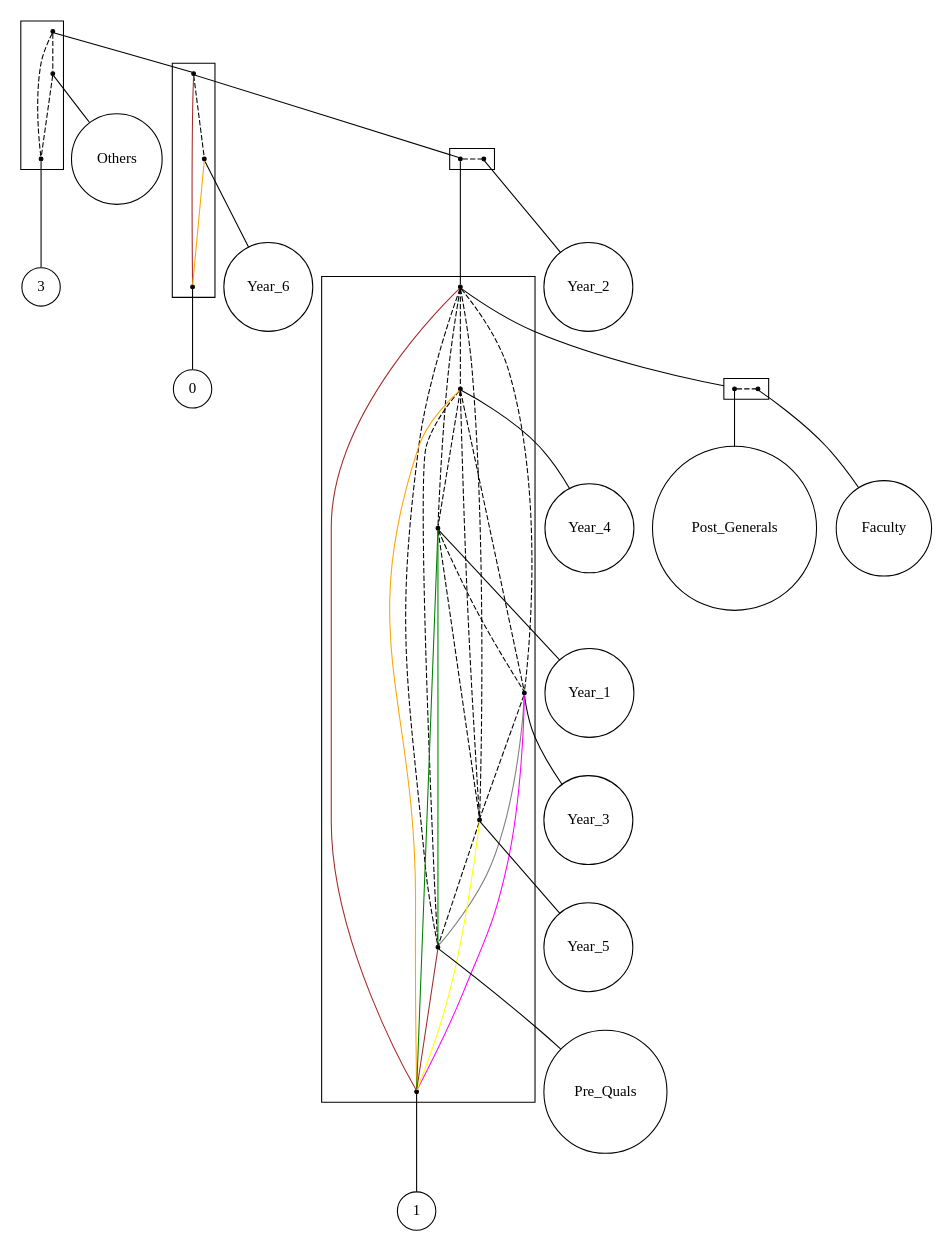
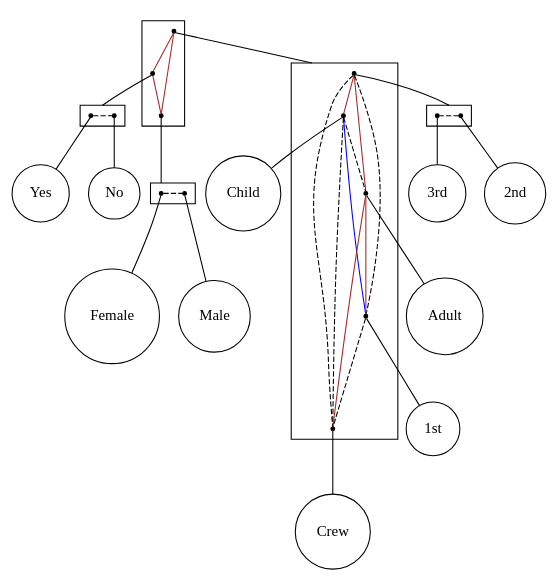
The diagram in src/extension/linear_2-structure.dot (lrodrin/TFG), drawn with Graphviz before and after one commit. The commit also changed 24 other files, not shown here.

```diff
--- a/src/extension/linear_2-structure.dot
+++ b/src/extension/linear_2-structure.dot
@@ -1,88 +1,70 @@
 strict digraph "linear_2-structure" {
 compound=true;
 fontname=Verdana;
 fontsize=12;
 newrank=true;
 node [shape=circle];
-Others;
-3;
-Year_6;
-0;
-Year_2;
-Year_4;
-Year_1;
-Year_3;
-Year_5;
-Pre_Quals;
-1;
-Post_Generals;
-Faculty;
-subgraph cluster_0Year_3Year_5Pre_QualsYear_6OthersYear_23Year_1Post_Generals1Year_4Faculty {
+Child;
+Adult;
+"1st";
+Crew;
+"2nd";
+"3rd";
+Female;
+Male;
+Yes;
+No;
+subgraph cluster_2ndCrewAdultMale3rdNo1stFemaleYesChild {
 node [shape=point];
-s_Year_2Year_5Year_10Year_4Year_3Post_Generals1Pre_QualsYear_6Faculty -> s_Others  [arrowhead=none, color=black, style=dashed];
-s_Year_2Year_5Year_10Year_4Year_3Post_Generals1Pre_QualsYear_6Faculty -> s_3  [arrowhead=none, color=black, style=dashed];
-s_Others -> s_3  [arrowhead=none, color=black, style=dashed];
+s_Child2ndAdultCrew3rd1st -> s_YesNo  [arrowhead=none, color=brown, style=solid];
+s_Child2ndAdultCrew3rd1st -> s_FemaleMale  [arrowhead=none, color=brown, style=solid];
+s_YesNo -> s_FemaleMale  [arrowhead=none, color=brown, style=solid];
 }
 
-subgraph cluster_0Year_3Year_5Pre_QualsYear_6Year_2Year_1Post_Generals1Year_4Faculty {
+subgraph cluster_Child2ndAdultCrew3rd1st {
 node [shape=point];
-s_Year_2Year_5Year_1Year_4Year_3Post_Generals1Pre_QualsFaculty -> s_Year_6  [arrowhead=none, color=black, style=dashed];
-s_Year_2Year_5Year_1Year_4Year_3Post_Generals1Pre_QualsFaculty -> s_0  [arrowhead=none, color=brown, style=solid];
-s_Year_6 -> s_0  [arrowhead=none, color=orange, style=solid];
+s_2nd3rd -> s_Child  [arrowhead=none, color=brown, style=solid];
+s_2nd3rd -> s_Adult  [arrowhead=none, color=brown, style=solid];
+s_2nd3rd -> s_1st  [arrowhead=none, color=black, style=dashed];
+s_2nd3rd -> s_Crew  [arrowhead=none, color=black, style=dashed];
+s_Child -> s_Adult  [arrowhead=none, color=black, style=dashed];
+s_Child -> s_1st  [arrowhead=none, color=blue, style=solid];
+s_Child -> s_Crew  [arrowhead=none, color=black, style=dashed];
+s_Adult -> s_1st  [arrowhead=none, color=brown, style=solid];
+s_Adult -> s_Crew  [arrowhead=none, color=brown, style=solid];
+s_1st -> s_Crew  [arrowhead=none, color=black, style=dashed];
 }
 
-subgraph cluster_Year_3Year_5Pre_QualsYear_2Year_1Post_Generals1Year_4Faculty {
+subgraph cluster_2nd3rd {
 rank=same;
 node [shape=point];
-s_Year_1Year_4Year_3Post_Generals1Year_5Pre_QualsFaculty -> s_Year_2  [arrowhead=none, color=black, style=dashed];
+s_2nd -> s_3rd  [arrowhead=none, color=black, style=dashed];
 }
 
-subgraph cluster_Year_3Year_5Pre_QualsYear_1Post_Generals1Year_4Faculty {
+subgraph cluster_FemaleMale {
+rank=same;
 node [shape=point];
-s_Post_GeneralsFaculty -> s_Year_4  [arrowhead=none, color=black, style=dashed];
-s_Post_GeneralsFaculty -> s_Year_1  [arrowhead=none, color=black, style=dashed];
-s_Post_GeneralsFaculty -> s_Year_3  [arrowhead=none, color=black, style=dashed];
-s_Post_GeneralsFaculty -> s_Year_5  [arrowhead=none, color=black, style=dashed];
-s_Post_GeneralsFaculty -> s_Pre_Quals  [arrowhead=none, color=black, style=dashed];
-s_Post_GeneralsFaculty -> s_1  [arrowhead=none, color=brown, style=solid];
-s_Year_4 -> s_Year_1  [arrowhead=none, color=black, style=dashed];
-s_Year_4 -> s_Year_3  [arrowhead=none, color=black, style=dashed];
-s_Year_4 -> s_Year_5  [arrowhead=none, color=black, style=dashed];
-s_Year_4 -> s_Pre_Quals  [arrowhead=none, color=black, style=dashed];
-s_Year_4 -> s_1  [arrowhead=none, color=orange, style=solid];
-s_Year_1 -> s_Year_3  [arrowhead=none, color=black, style=dashed];
-s_Year_1 -> s_Year_5  [arrowhead=none, color=black, style=dashed];
-s_Year_1 -> s_Pre_Quals  [arrowhead=none, color=green, style=solid];
-s_Year_1 -> s_1  [arrowhead=none, color=green, style=solid];
-s_Year_3 -> s_Year_5  [arrowhead=none, color=black, style=dashed];
-s_Year_3 -> s_Pre_Quals  [arrowhead=none, color=grey, style=solid];
-s_Year_3 -> s_1  [arrowhead=none, color=magenta, style=solid];
-s_Year_5 -> s_Pre_Quals  [arrowhead=none, color=black, style=dashed];
-s_Year_5 -> s_1  [arrowhead=none, color=yellow, style=solid];
-s_Pre_Quals -> s_1  [arrowhead=none, color=brown, style=solid];
+s_Female -> s_Male  [arrowhead=none, color=black, style=dashed];
 }
 
-subgraph cluster_Post_GeneralsFaculty {
+subgraph cluster_YesNo {
 rank=same;
 node [shape=point];
-s_Post_Generals -> s_Faculty  [arrowhead=none, color=black, style=dashed];
+s_Yes -> s_No  [arrowhead=none, color=black, style=dashed];
 }
 
-s_Year_2Year_5Year_10Year_4Year_3Post_Generals1Pre_QualsYear_6Faculty -> s_Year_2Year_5Year_1Year_4Year_3Post_Generals1Pre_QualsFaculty  [arrowhead=none, lhead=cluster_Year_2Year_5Year_10Year_4Year_3Post_Generals1Pre_QualsYear_6Faculty];
-s_Others -> Others  [arrowhead=none];
-s_3 -> 3  [arrowhead=none];
-s_Year_2Year_5Year_1Year_4Year_3Post_Generals1Pre_QualsFaculty -> s_Year_1Year_4Year_3Post_Generals1Year_5Pre_QualsFaculty  [arrowhead=none, lhead=cluster_Year_2Year_5Year_1Year_4Year_3Post_Generals1Pre_QualsFaculty];
-s_Year_6 -> Year_6  [arrowhead=none];
-s_0 -> 0  [arrowhead=none];
-s_Year_1Year_4Year_3Post_Generals1Year_5Pre_QualsFaculty -> s_Post_GeneralsFaculty  [arrowhead=none, lhead=cluster_Year_1Year_4Year_3Post_Generals1Year_5Pre_QualsFaculty];
-s_Year_2 -> Year_2  [arrowhead=none];
-s_Post_GeneralsFaculty -> s_Post_Generals  [arrowhead=none, lhead=cluster_Post_GeneralsFaculty];
-s_Year_4 -> Year_4  [arrowhead=none];
-s_Year_1 -> Year_1  [arrowhead=none];
-s_Year_3 -> Year_3  [arrowhead=none];
-s_Year_5 -> Year_5  [arrowhead=none];
-s_Pre_Quals -> Pre_Quals  [arrowhead=none];
-s_1 -> 1  [arrowhead=none];
-s_Post_Generals -> Post_Generals  [arrowhead=none];
-s_Faculty -> Faculty  [arrowhead=none];
+s_Child2ndAdultCrew3rd1st -> s_2nd3rd  [arrowhead=none, lhead=cluster_Child2ndAdultCrew3rd1st];
+s_YesNo -> s_Yes  [arrowhead=none, lhead=cluster_YesNo];
+s_FemaleMale -> s_Female  [arrowhead=none, lhead=cluster_FemaleMale];
+s_2nd3rd -> s_2nd  [arrowhead=none, lhead=cluster_2nd3rd];
+s_Child -> Child  [arrowhead=none];
+s_Adult -> Adult  [arrowhead=none];
+s_1st -> "1st"  [arrowhead=none];
+s_Crew -> Crew  [arrowhead=none];
+s_2nd -> "2nd"  [arrowhead=none];
+s_3rd -> "3rd"  [arrowhead=none];
+s_Female -> Female  [arrowhead=none];
+s_Male -> Male  [arrowhead=none];
+s_Yes -> Yes  [arrowhead=none];
+s_No -> No  [arrowhead=none];
 }
```
